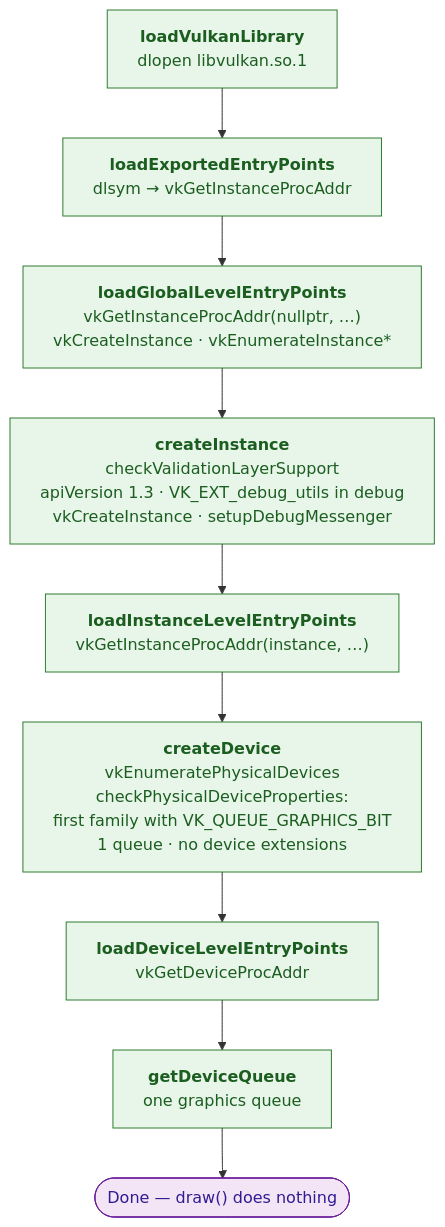
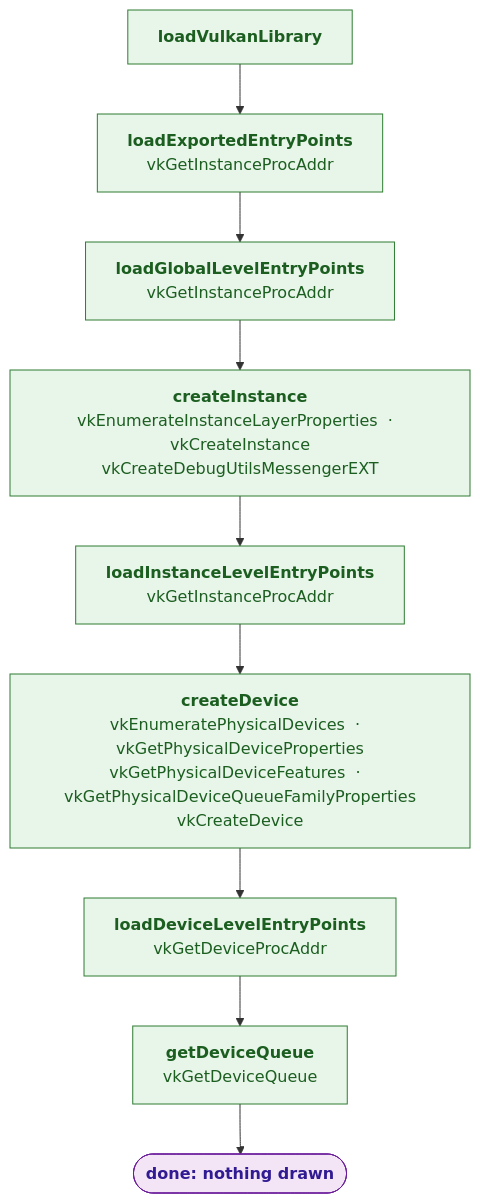
Before and after one commit to mehoggan/vulkan_graphix: the diagram in docs/pipeline/01_device_initialization.md, drawn with Mermaid. The commit also changed other lines of this file and 24 other files, not shown here.

````diff
--- a/docs/pipeline/01_device_initialization.md
+++ b/docs/pipeline/01_device_initialization.md
@@ -11,18 +11,18 @@
 ```mermaid
 %%{init: {"flowchart": {"wrappingWidth": 400}}}%%
 flowchart TD
     classDef new fill:#e8f5e9,stroke:#2e7d32,color:#1b5e20
     classDef frame fill:#f3e5f5,stroke:#6a1b9a,color:#311b92
 
-    LIB["<b>loadVulkanLibrary</b><br/>dlopen libvulkan.so.1"]:::new
-    EXP["<b>loadExportedEntryPoints</b><br/>dlsym → vkGetInstanceProcAddr"]:::new
-    GLB["<b>loadGlobalLevelEntryPoints</b><br/>vkGetInstanceProcAddr(nullptr, …)<br/>vkCreateInstance · vkEnumerateInstance*"]:::new
-    INST["<b>createInstance</b><br/>checkValidationLayerSupport<br/>apiVersion 1.3 · VK_EXT_debug_utils in debug<br/>vkCreateInstance · setupDebugMessenger"]:::new
-    ILEP["<b>loadInstanceLevelEntryPoints</b><br/>vkGetInstanceProcAddr(instance, …)"]:::new
-    DEV["<b>createDevice</b><br/>vkEnumeratePhysicalDevices<br/>checkPhysicalDeviceProperties:<br/>first family with VK_QUEUE_GRAPHICS_BIT<br/>1 queue · no device extensions"]:::new
+    LIB["<b>loadVulkanLibrary</b>"]:::new
+    EXP["<b>loadExportedEntryPoints</b><br/>vkGetInstanceProcAddr"]:::new
+    GLB["<b>loadGlobalLevelEntryPoints</b><br/>vkGetInstanceProcAddr"]:::new
+    INST["<b>createInstance</b><br/>vkEnumerateInstanceLayerProperties  ·  vkCreateInstance<br/>vkCreateDebugUtilsMessengerEXT"]:::new
+    ILEP["<b>loadInstanceLevelEntryPoints</b><br/>vkGetInstanceProcAddr"]:::new
+    DEV["<b>createDevice</b><br/>vkEnumeratePhysicalDevices  ·  vkGetPhysicalDeviceProperties<br/>vkGetPhysicalDeviceFeatures  ·  vkGetPhysicalDeviceQueueFamilyProperties<br/>vkCreateDevice"]:::new
     DLEP["<b>loadDeviceLevelEntryPoints</b><br/>vkGetDeviceProcAddr"]:::new
-    Q["<b>getDeviceQueue</b><br/>one graphics queue"]:::new
-    DONE(["Done — draw() does nothing"]):::frame
+    Q["<b>getDeviceQueue</b><br/>vkGetDeviceQueue"]:::new
+    DONE(["<b>done: nothing drawn</b>"]):::frame
 
     LIB --> EXP --> GLB --> INST --> ILEP --> DEV --> DLEP --> Q --> DONE
 ```
````
